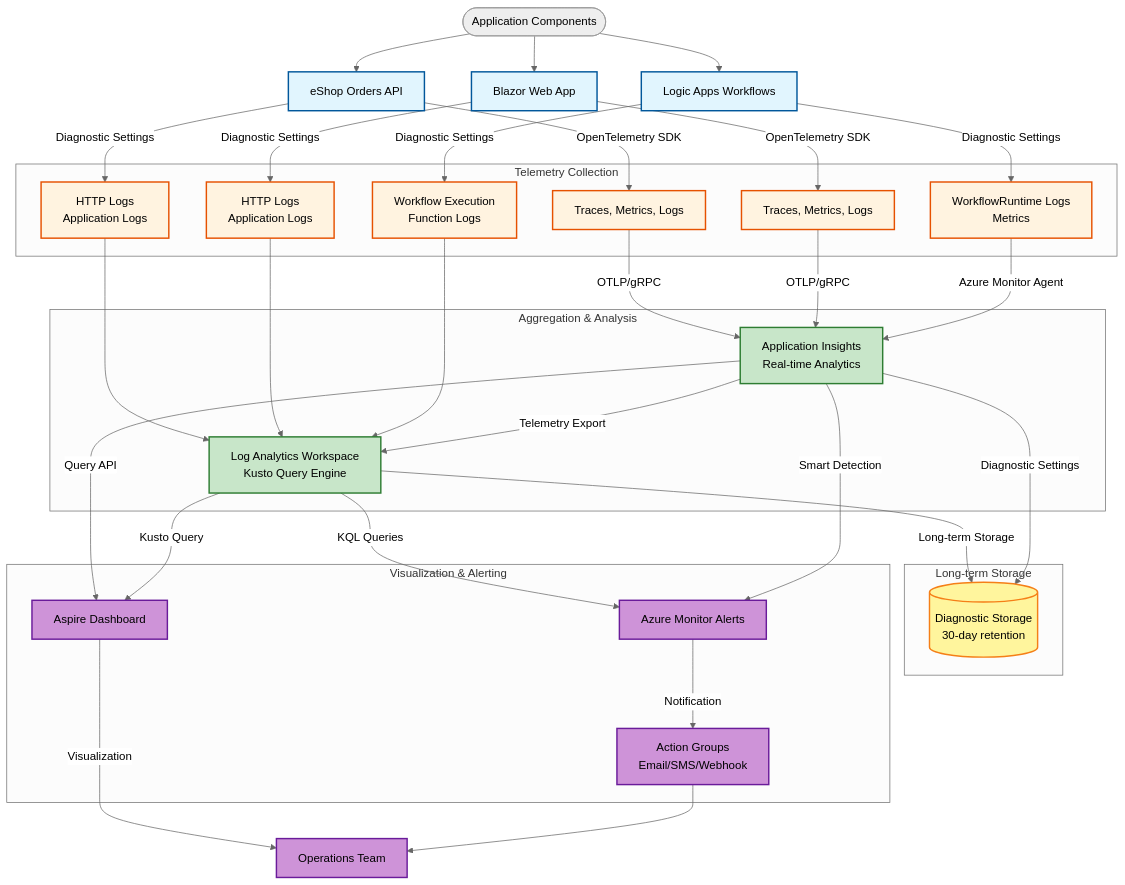
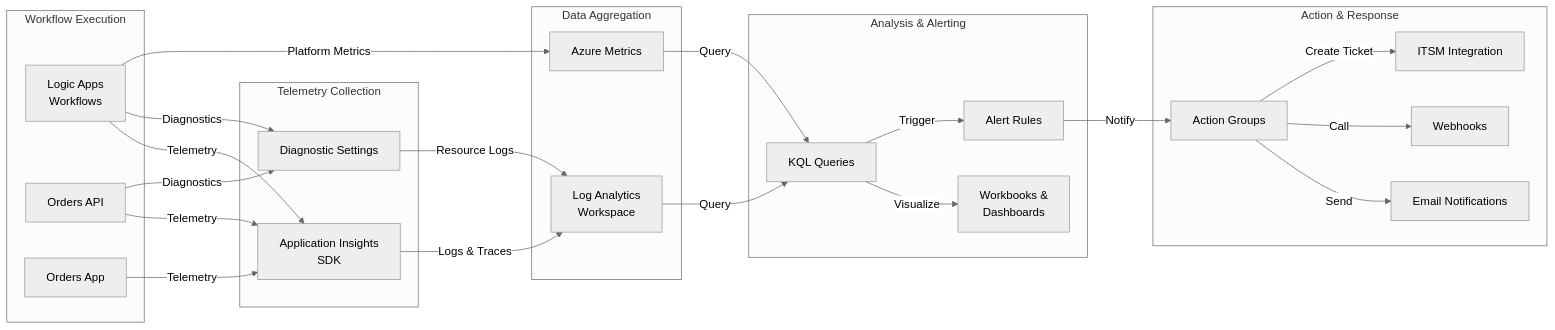
One commit to Evilazaro/Azure-LogicApps-Monitoring changed the third of 3 diagrams in README.md. Above: the diagram before and after it, drawn with Mermaid (neutral theme). The commit also changed other lines of this file, not shown here.

Commit message:
Implement feature X to enhance user experience and optimize performance

````diff
--- a/README.md
+++ b/README.md
@@ -308,76 +237,53 @@
 ```mermaid
-flowchart TD
-    Start([Application Components])
-    
-    Start --> API[eShop Orders API]
-    Start --> WebApp[Blazor Web App]
-    Start --> LA[Logic Apps Workflows]
-
-    API --> |OpenTelemetry SDK| OTelAPI[Traces, Metrics, Logs]
-    WebApp --> |OpenTelemetry SDK| OTelWeb[Traces, Metrics, Logs]
-    LA --> |Diagnostic Settings| LADiag[WorkflowRuntime Logs<br/>Metrics]
-
-    OTelAPI --> |OTLP/gRPC| AppInsights
-    OTelWeb --> |OTLP/gRPC| AppInsights
-    LADiag --> |Azure Monitor Agent| AppInsights
-
-    API --> |Diagnostic Settings| APILogs[HTTP Logs<br/>Application Logs]
-    WebApp --> |Diagnostic Settings| WebLogs[HTTP Logs<br/>Application Logs]
-    LA --> |Diagnostic Settings| LALogs[Workflow Execution<br/>Function Logs]
-
-    APILogs --> LogAnalytics
-    WebLogs --> LogAnalytics
-    LALogs --> LogAnalytics
-
-    AppInsights --> |Telemetry Export| LogAnalytics
-    
-    LogAnalytics --> |Long-term Storage| DiagStorage[(Diagnostic Storage<br/>30-day retention)]
-    AppInsights --> |Diagnostic Settings| DiagStorage
-
-    AppInsights --> |Query API| Dashboard[Aspire Dashboard]
-    LogAnalytics --> |Kusto Query| Dashboard
-
-    Dashboard --> |Visualization| User[Operations Team]
-    
-    LogAnalytics --> |KQL Queries| Alerts[Azure Monitor Alerts]
-    AppInsights --> |Smart Detection| Alerts
-    
-    Alerts --> |Notification| ActionGroup[Action Groups<br/>Email/SMS/Webhook]
-    ActionGroup --> User
-
-    subgraph TelemetryCollection["Telemetry Collection"]
-        OTelAPI
-        OTelWeb
-        LADiag
-        APILogs
-        WebLogs
-        LALogs
+flowchart LR
+    subgraph "Workflow Execution"
+        LA[Logic Apps<br/>Workflows]
+        API[Orders API]
+        APP[Orders App]
     end
 
-    subgraph Aggregation["Aggregation & Analysis"]
-        AppInsights[Application Insights<br/>Real-time Analytics]
-        LogAnalytics[Log Analytics Workspace<br/>Kusto Query Engine]
+    subgraph "Telemetry Collection"
+        AI[Application Insights<br/>SDK]
+        DIAG[Diagnostic Settings]
     end
 
-    subgraph Storage["Long-term Storage"]
-        DiagStorage
+    subgraph "Data Aggregation"
+        LA_WS[Log Analytics<br/>Workspace]
+        METRICS[Azure Metrics]
     end
 
-    subgraph Visualization["Visualization & Alerting"]
-        Dashboard
-        Alerts
-        ActionGroup
+    subgraph "Analysis & Alerting"
+        KQL[KQL Queries]
+        DASH[Workbooks &<br/>Dashboards]
+        ALERT[Alert Rules]
     end
 
-    classDef sourceClass fill:#e1f5fe,stroke:#01579b,stroke-width:2px
-    classDef telemetryClass fill:#fff3e0,stroke:#e65100,stroke-width:2px
-    classDef aggregationClass fill:#c8e6c9,stroke:#2e7d32,stroke-width:2px
-    classDef storageClass fill:#fff59d,stroke:#f57f17,stroke-width:2px
-    classDef visualClass fill:#ce93d8,stroke:#6a1b9a,stroke-width:2px
+    subgraph "Action & Response"
+        AG[Action Groups]
+        EMAIL[Email Notifications]
+        WEBHOOK[Webhooks]
+        ITSM[ITSM Integration]
+    end
 
-    class API,WebApp,LA sourceClass
-    class OTelAPI,OTelWeb,LADiag,APILogs,WebLogs,LALogs telemetryClass
-    class AppInsights,LogAnalytics aggregationClass
-    class DiagStorage storageClass
-    class Dashboard,Alerts,ActionGroup,User visualClass
+    LA -->|Telemetry| AI
+    API -->|Telemetry| AI
+    APP -->|Telemetry| AI
+
+    LA -->|Diagnostics| DIAG
+    API -->|Diagnostics| DIAG
+
+    AI -->|Logs & Traces| LA_WS
+    DIAG -->|Resource Logs| LA_WS
+    LA -->|Platform Metrics| METRICS
+
+    LA_WS -->|Query| KQL
+    METRICS -->|Query| KQL
+
+    KQL -->|Visualize| DASH
+    KQL -->|Trigger| ALERT
+
+    ALERT -->|Notify| AG
+    AG -->|Send| EMAIL
+    AG -->|Call| WEBHOOK
+    AG -->|Create Ticket| ITSM
 ```
````
